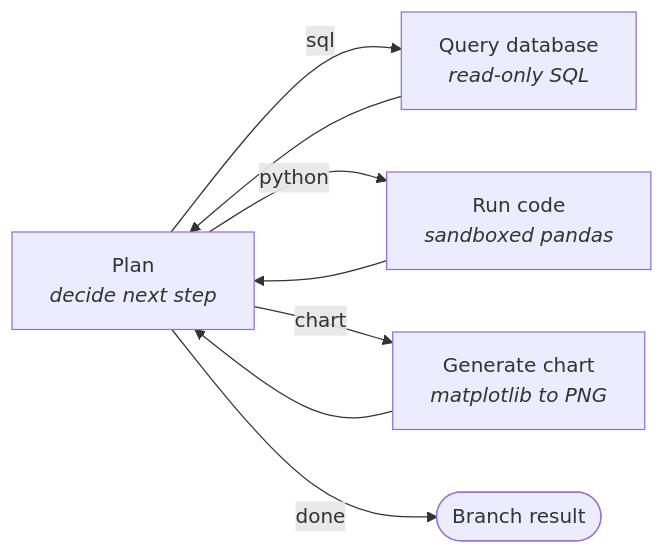
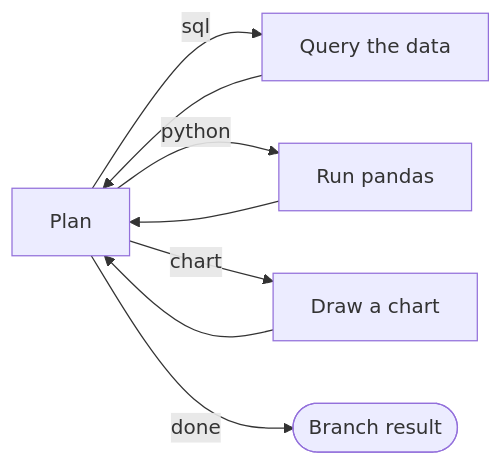
Before and after one commit to asadaslam556/prism-data-agent: the third of 3 diagrams in README.md, drawn with Mermaid. The commit also changed other lines of this file and 42 other files, not shown here.

````diff
--- a/README.md
+++ b/README.md
@@ -108,11 +211,11 @@
 ```mermaid
 flowchart LR
-    P[Plan<br/><i>decide next step</i>]
-    P -->|sql| S[Query database<br/><i>read-only SQL</i>]
-    P -->|python| Y[Run code<br/><i>sandboxed pandas</i>]
-    P -->|chart| C[Generate chart<br/><i>matplotlib to PNG</i>]
+    P[Plan]
+    P -->|sql| S[Query the data]
+    P -->|python| Y[Run pandas]
+    P -->|chart| C[Draw a chart]
     S --> P
     Y --> P
     C --> P
     P -->|done| E([Branch result])
 ```
````
